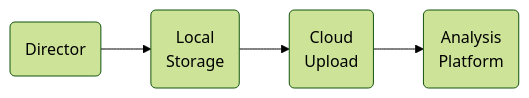
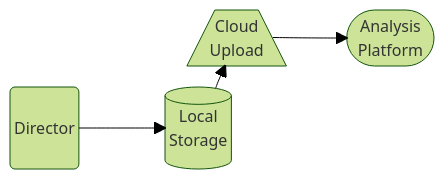
Before and after one commit to VirtualMetric/virtualmetric-docs: the fourth of 4 diagrams in docs/administration/targets/index.mdx, drawn with Mermaid (forest theme). The commit also changed other lines of this file and 4 other files, not shown here.

````diff
--- a/docs/administration/targets/index.mdx
+++ b/docs/administration/targets/index.mdx
@@ -110,13 +95,17 @@
   ```mermaid
-  graph LR
-    A("Director")
-    B("Local
-    Storage")
-    C("Cloud
-    Upload")
-    D("Analysis
-    Platform")
+  block-beta
+    columns 5
+    space
+    space
+    C[/"Cloud
+    Upload"\]:2
+    D(["Analysis
+    Platform"]):2
+    A("Director"):1
+    B[("Local
+    Storage")]:3
+    space
     A --> B
     B --> C
     C --> D
   ```
````
